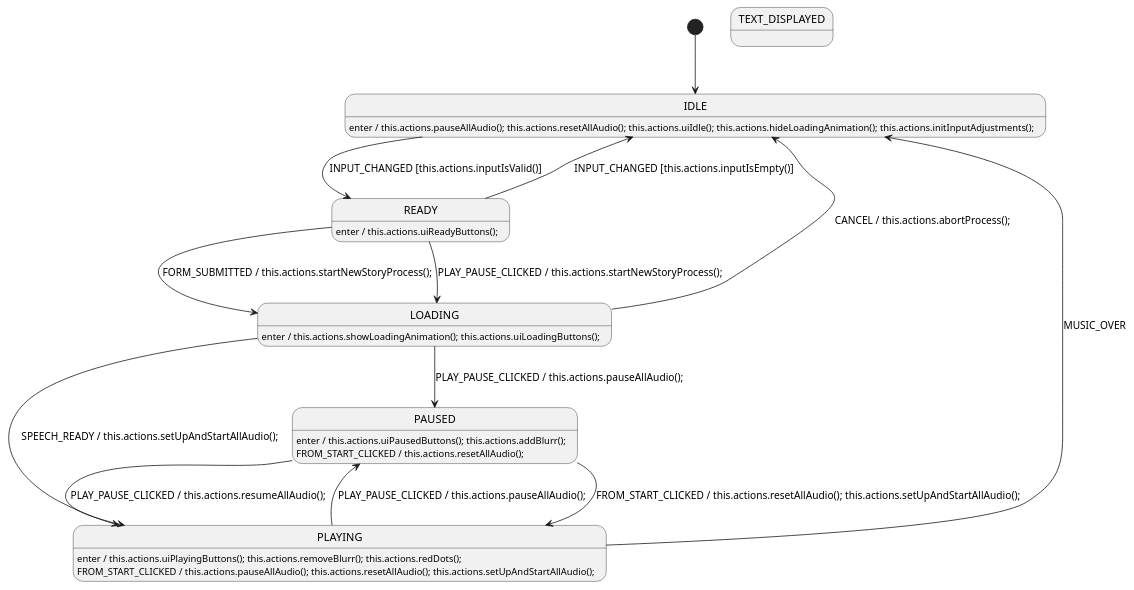
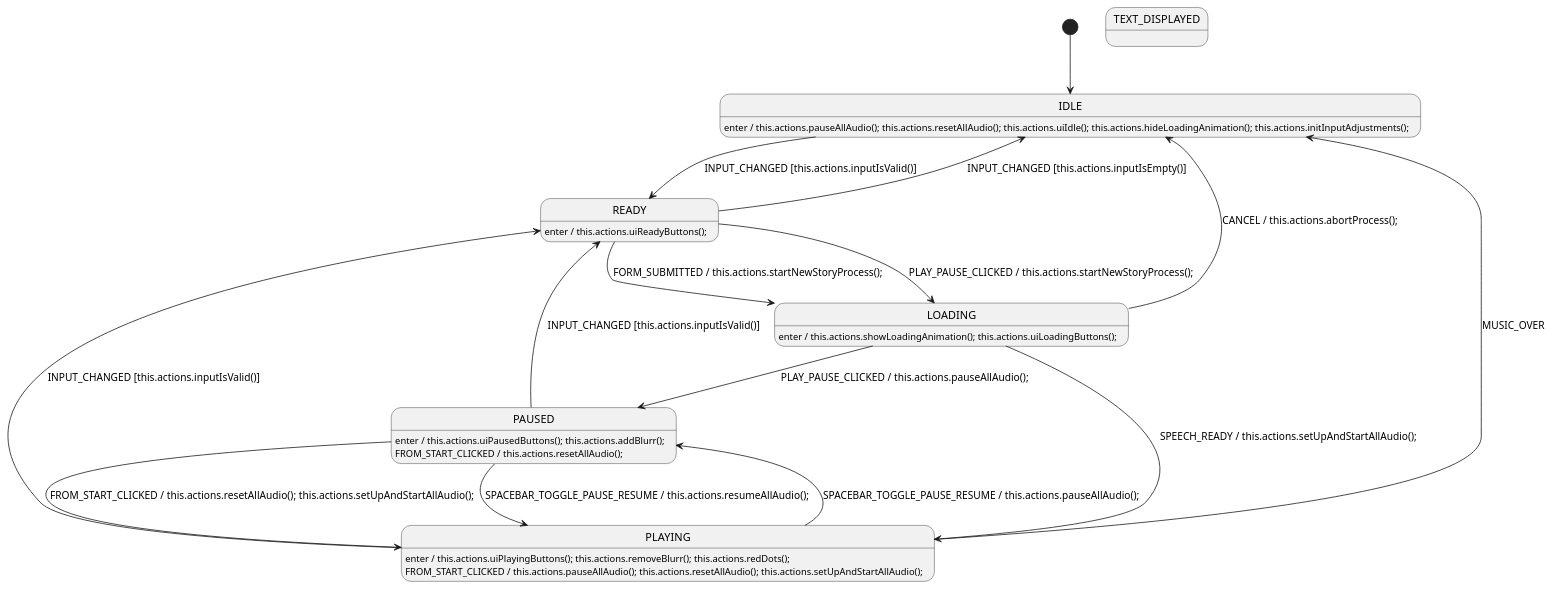
The diagram in static/js/audioSmActions.plantuml (grannygoestoheaven/teller), drawn with PlantUML before and after one commit. The commit also changed 49 other files, not shown here.

```diff
--- a/static/js/audioSmActions.plantuml
+++ b/static/js/audioSmActions.plantuml
@@ -1,43 +1,45 @@
 @startuml AudioStateMachine
 
     '############################ States ############################
 
     [*] --> IDLE
 
     state IDLE
     state READY
     state LOADING
     state PLAYING
     state PAUSED
     state TEXT_DISPLAYED
 
     '############################ Handlers ############################
 
     IDLE: enter / this.actions.pauseAllAudio(); this.actions.resetAllAudio(); this.actions.uiIdle(); this.actions.hideLoadingAnimation(); this.actions.initInputAdjustments();
     IDLE --> READY : INPUT_CHANGED [this.actions.inputIsValid()]
 
     READY: enter / this.actions.uiReadyButtons();
     READY --> LOADING : FORM_SUBMITTED / this.actions.startNewStoryProcess();
     READY --> LOADING : PLAY_PAUSE_CLICKED / this.actions.startNewStoryProcess();
     READY --> IDLE : INPUT_CHANGED [this.actions.inputIsEmpty()]
 
     LOADING: enter / this.actions.showLoadingAnimation(); this.actions.uiLoadingButtons();
     LOADING --> PLAYING : SPEECH_READY / this.actions.setUpAndStartAllAudio();
     LOADING --> PAUSED : PLAY_PAUSE_CLICKED / this.actions.pauseAllAudio();
     LOADING --> IDLE : CANCEL / this.actions.abortProcess();
 
     PLAYING: enter / this.actions.uiPlayingButtons(); this.actions.removeBlurr(); this.actions.redDots();
-    PLAYING --> PAUSED : PLAY_PAUSE_CLICKED / this.actions.pauseAllAudio();
+    PLAYING --> PAUSED : SPACEBAR_TOGGLE_PAUSE_RESUME / this.actions.pauseAllAudio();
     PLAYING --> IDLE : MUSIC_OVER
+    PLAYING --> READY : INPUT_CHANGED [this.actions.inputIsValid()]
     PLAYING : FROM_START_CLICKED / this.actions.pauseAllAudio(); this.actions.resetAllAudio(); this.actions.setUpAndStartAllAudio();
 
     PAUSED: enter / this.actions.uiPausedButtons(); this.actions.addBlurr();
-    PAUSED --> PLAYING : PLAY_PAUSE_CLICKED / this.actions.resumeAllAudio();
+    PAUSED --> PLAYING : SPACEBAR_TOGGLE_PAUSE_RESUME / this.actions.resumeAllAudio();
     PAUSED --> PLAYING : FROM_START_CLICKED / this.actions.resetAllAudio(); this.actions.setUpAndStartAllAudio();
+    PAUSED --> READY : INPUT_CHANGED [this.actions.inputIsValid()]
     PAUSED : FROM_START_CLICKED / this.actions.resetAllAudio();
 
 /'! $CONFIG : toml
 SmRunnerSettings.transpilerId = "JavaScript"
 '/
 
 @enduml
```
